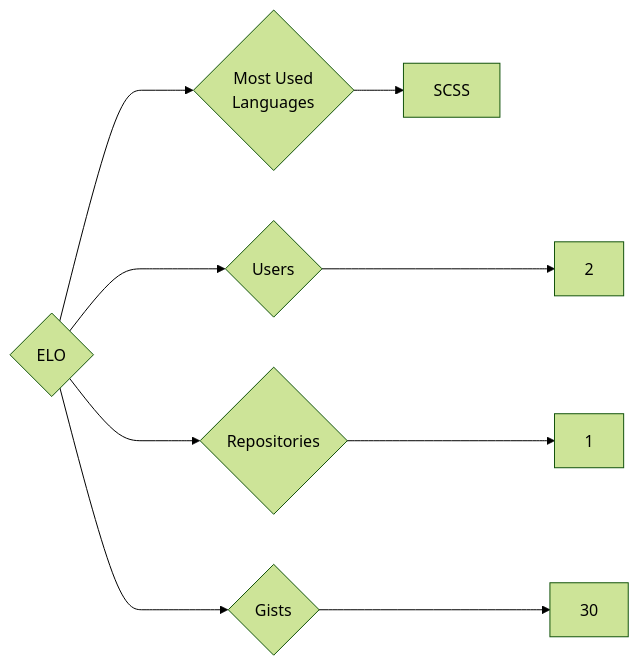
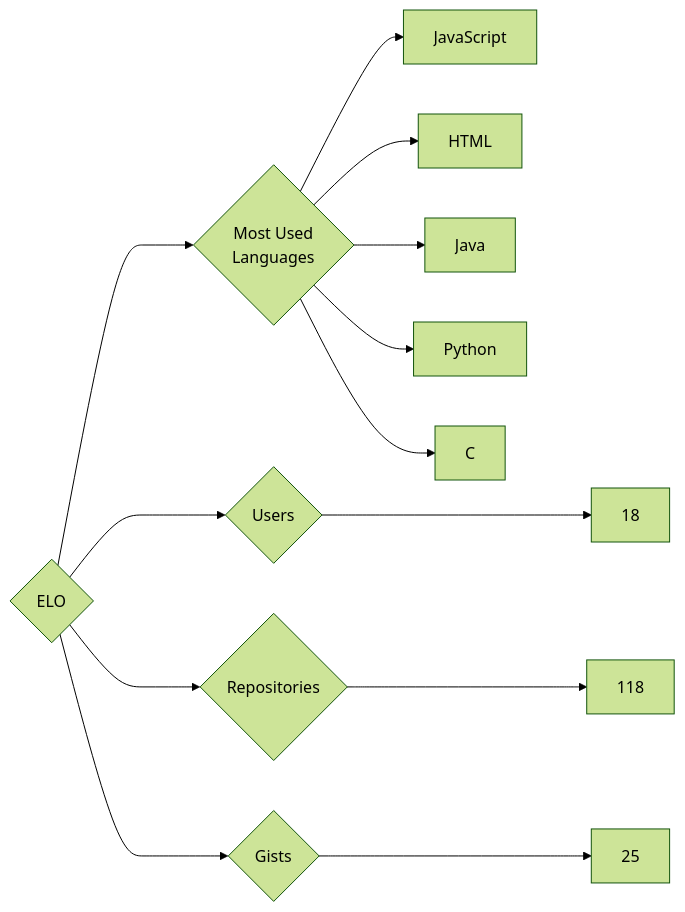
The diagram in targets/ELO/README.md (trickest/insiders), drawn with Mermaid (forest theme) before and after one commit. The commit also changed 594 other files, not shown here.

````diff
--- a/targets/ELO/README.md
+++ b/targets/ELO/README.md
@@ -3,9 +3,13 @@
 ```mermaid
 graph LR
 COMPANY_NAME{ELO}
-COMPANY_NAME ---> U{Users} ---> UN[2]
-COMPANY_NAME ---> R{Repositories} ---> RN[1]
-COMPANY_NAME ---> G{Gists} ---> GN[30]
+COMPANY_NAME ---> U{Users} ---> UN[18]
+COMPANY_NAME ---> R{Repositories} ---> RN[118]
+COMPANY_NAME ---> G{Gists} ---> GN[25]
 COMPANY_NAME ---> ML{Most Used<br>Languages}
-ML --> SCSS[SCSS]
+ML --> JavaScript[JavaScript]
+ML --> HTML[HTML]
+ML --> Java[Java]
+ML --> Python[Python]
+ML --> C[C]
 ```
````
